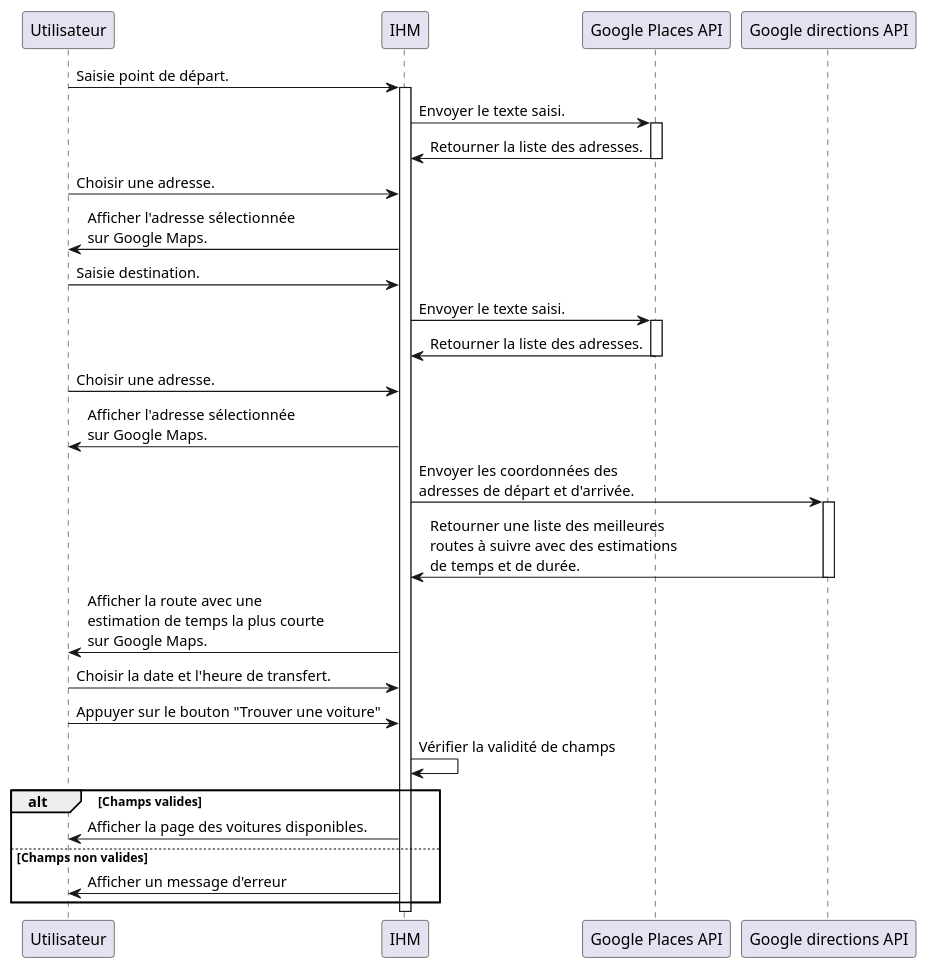
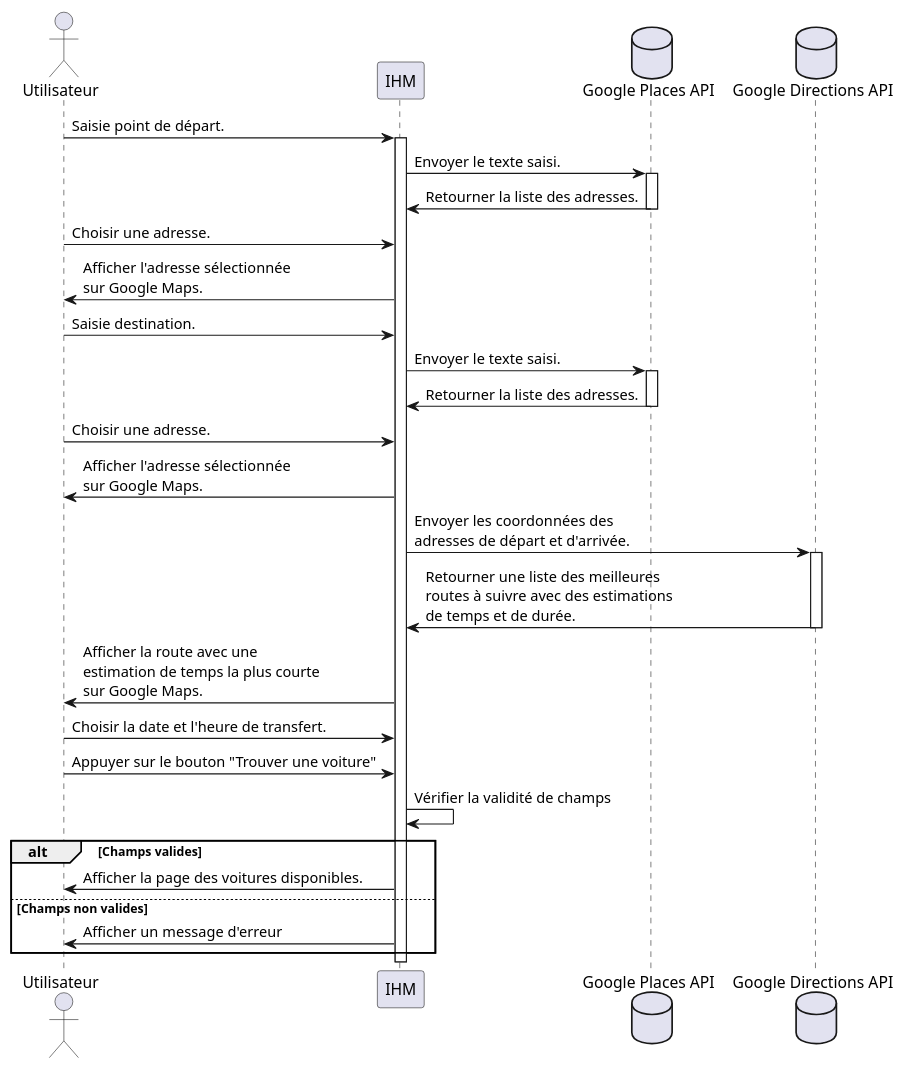
One commit to AlaaAbdelbaki/rapportPFE changed the third of 8 diagrams in images/uml/diag.puml. Above: the diagram before and after it, drawn with PlantUML. The commit also changed other lines of this file and 18 other files, not shown here.

```diff
--- a/images/uml/diag.puml
+++ b/images/uml/diag.puml
@@ -64,23 +68,30 @@
 @startuml transfer
+
+actor Utilisateur as Utilisateur
+participant IHM as IHM
+database "Google Places API" as places
+database "Google Directions API" as directions
+
+
 Utilisateur -> IHM ++: Saisie point de départ. 
-IHM -> "Google Places API" ++: Envoyer le texte saisi.
-"Google Places API" -> IHM --: Retourner la liste des adresses.
+IHM -> places ++: Envoyer le texte saisi.
+places -> IHM --: Retourner la liste des adresses.
 Utilisateur -> IHM : Choisir une adresse.
 IHM -> Utilisateur : Afficher l'adresse sélectionnée \nsur Google Maps.
 Utilisateur -> IHM: Saisie destination. 
-IHM -> "Google Places API" ++: Envoyer le texte saisi.
-"Google Places API" -> IHM --: Retourner la liste des adresses.
+IHM -> places ++: Envoyer le texte saisi.
+places -> IHM --: Retourner la liste des adresses.
 Utilisateur -> IHM : Choisir une adresse.
 IHM -> Utilisateur : Afficher l'adresse sélectionnée \nsur Google Maps.
-IHM -> "Google directions API" ++: Envoyer les coordonnées des \nadresses de départ et d'arrivée.
-"Google directions API"->IHM --: Retourner une liste des meilleures \nroutes à suivre avec des estimations \nde temps et de durée.
+IHM -> directions ++: Envoyer les coordonnées des \nadresses de départ et d'arrivée.
+directions->IHM --: Retourner une liste des meilleures \nroutes à suivre avec des estimations \nde temps et de durée.
 IHM -> Utilisateur : Afficher la route avec une \nestimation de temps la plus courte \nsur Google Maps.
 Utilisateur -> IHM : Choisir la date et l'heure de transfert.
 Utilisateur -> IHM : Appuyer sur le bouton "Trouver une voiture"
 IHM -> IHM : Vérifier la validité de champs 
 alt Champs valides
 IHM -> Utilisateur : Afficher la page des voitures disponibles.
 else Champs non valides
 IHM -> Utilisateur : Afficher un message d'erreur
 end 
 @enduml
```
